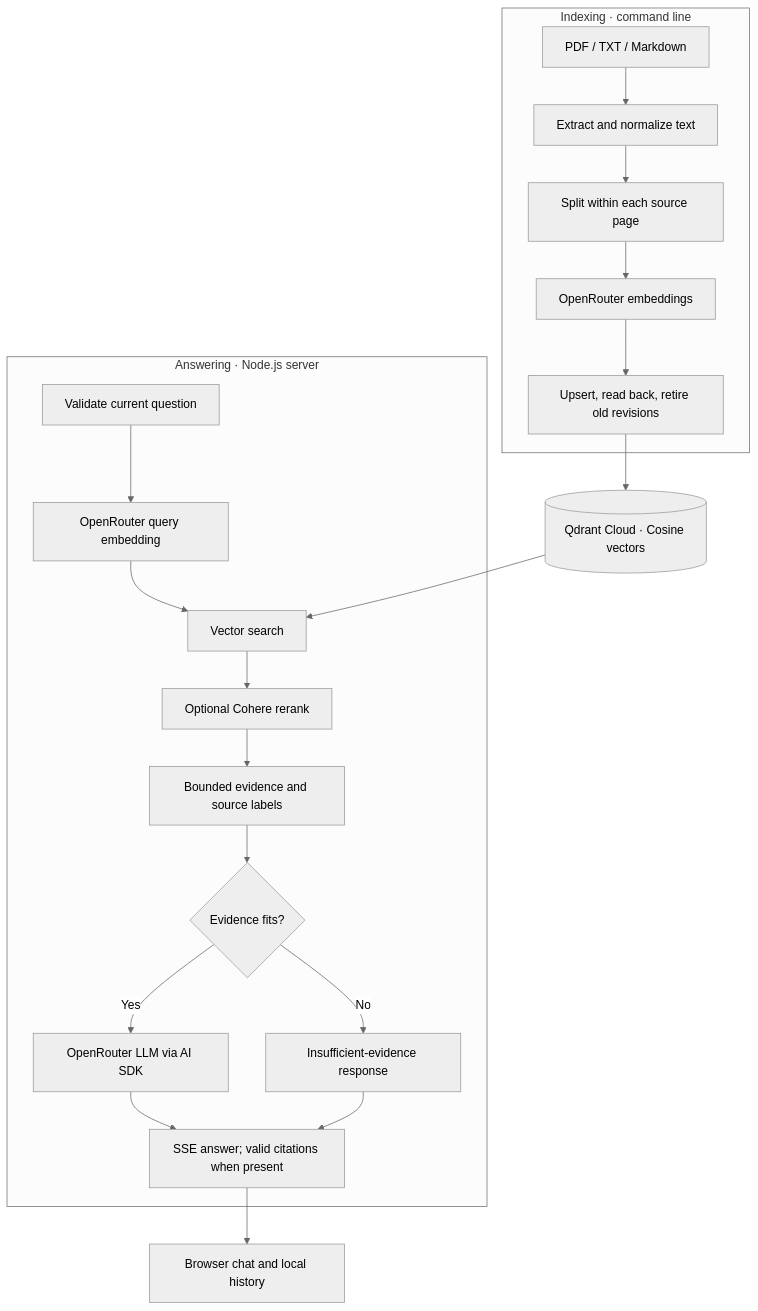
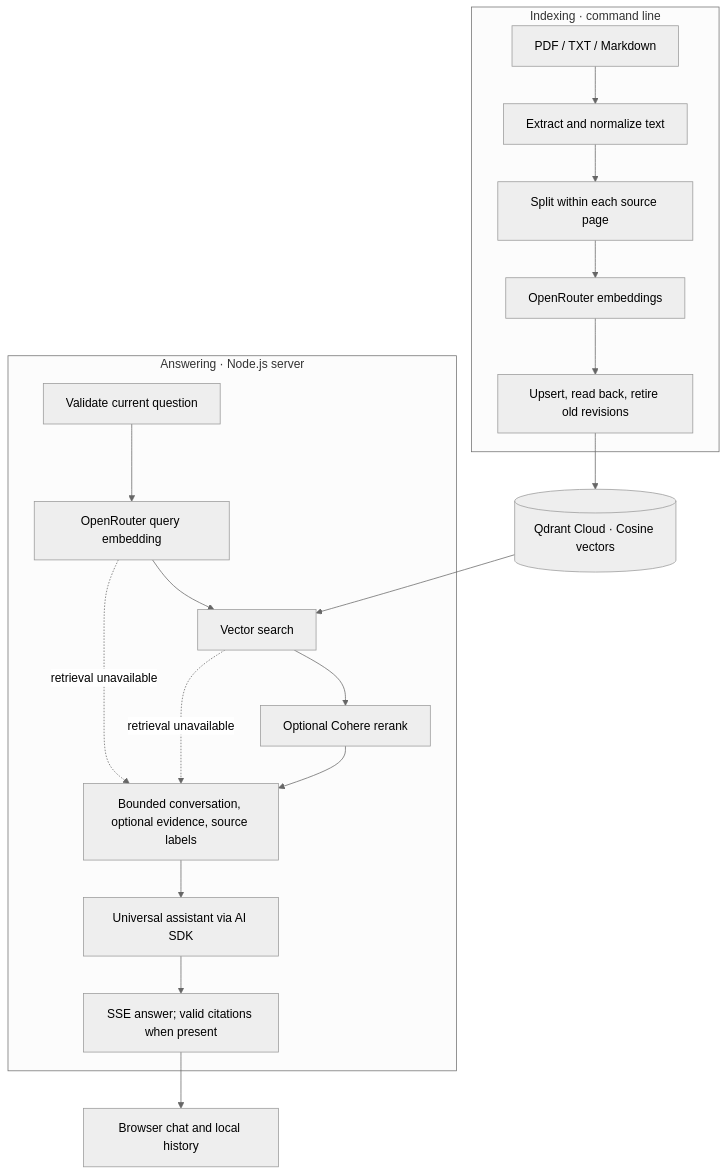
One commit to andreworkweb/nextjs-ai-chat changed the diagram in README.md. Above: the diagram before and after it, drawn with Mermaid (neutral theme). The commit also changed other lines of this file and 14 other files, not shown here.

Commit message:
Keep the existing chat as a universal AI assistant, not a RAG-only chatbot.

````diff
--- a/README.md
+++ b/README.md
@@ -117,23 +117,22 @@
 ```mermaid
 flowchart TD
   subgraph indexing["Indexing · command line"]
     files["PDF / TXT / Markdown"] --> extract["Extract and normalize text"]
     extract --> chunks["Split within each source page"]
     chunks --> embeddings["OpenRouter embeddings"]
     embeddings --> verify["Upsert, read back, retire old revisions"]
   end
   verify --> qdrant[("Qdrant Cloud · Cosine vectors")]
   subgraph answering["Answering · Node.js server"]
     question["Validate current question"] --> query["OpenRouter query embedding"]
     query --> search["Vector search"]
     search --> rerank["Optional Cohere rerank"]
-    rerank --> context["Bounded evidence and source labels"]
-    context --> evidence{"Evidence fits?"}
-    evidence -->|Yes| llm["OpenRouter LLM via AI SDK"]
-    evidence -->|No| insufficient["Insufficient-evidence response"]
+    rerank --> context["Bounded conversation, optional evidence, source labels"]
+    query -. retrieval unavailable .-> context
+    search -. retrieval unavailable .-> context
+    context --> llm["Universal assistant via AI SDK"]
     llm --> stream["SSE answer; valid citations when present"]
-    insufficient --> stream
   end
   qdrant --> search
   stream --> browser["Browser chat and local history"]
 ```
````
